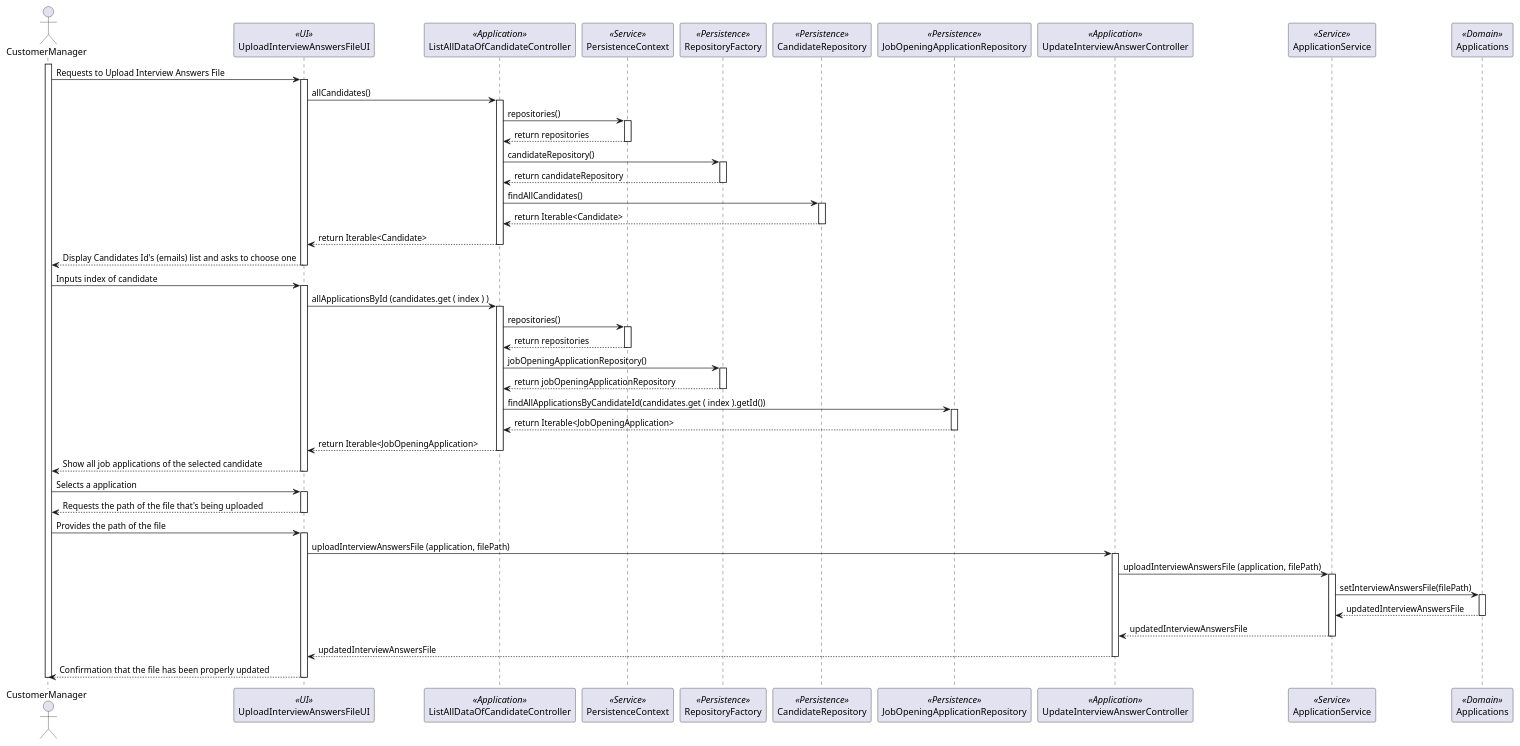
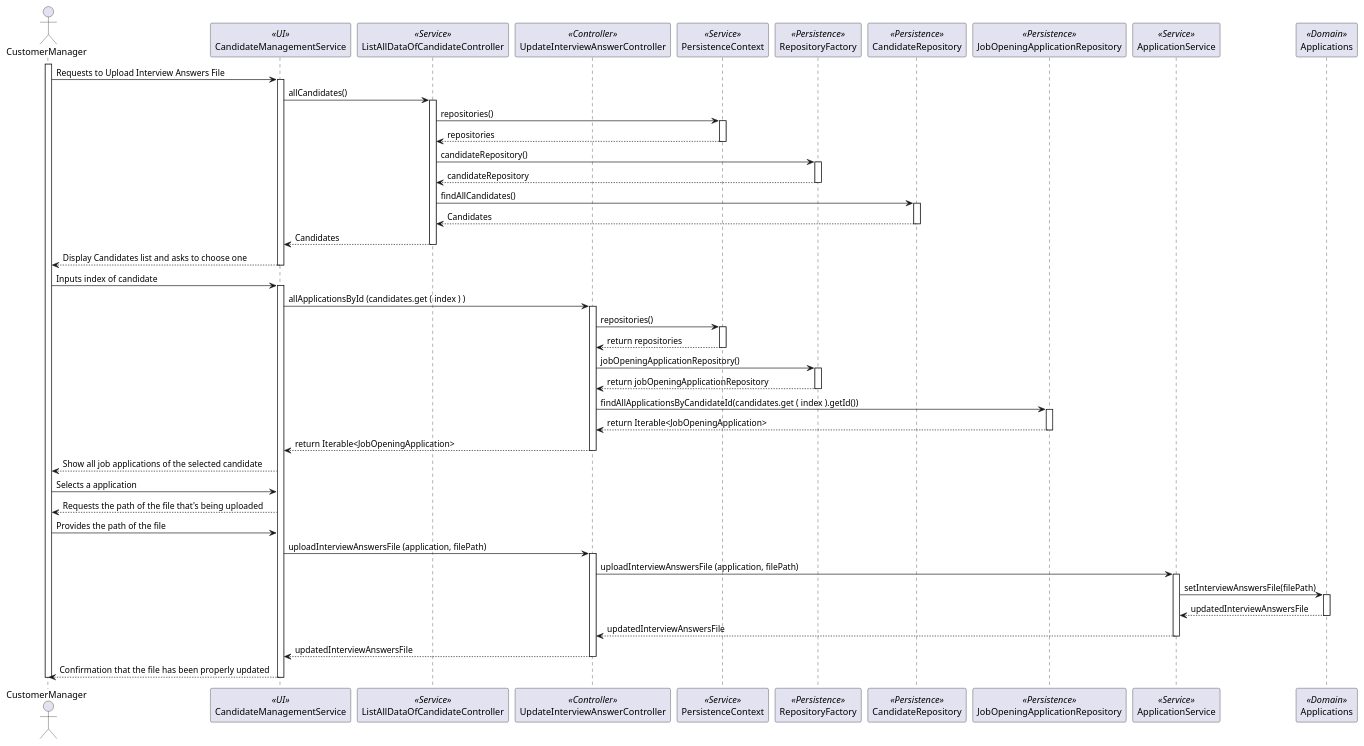
One commit to marcoferreira37/Lapr4 changed the diagram in docs/sprintC/1017/puml/1017-sequence-diagram.puml. Above: the diagram before and after it, drawn with PlantUML. The commit also changed 1 other file, not shown here.

```diff
--- a/docs/sprintC/1017/puml/1017-sequence-diagram.puml
+++ b/docs/sprintC/1017/puml/1017-sequence-diagram.puml
@@ -1,86 +1,83 @@
 @startuml
 
 actor CustomerManager as CM
-participant UploadInterviewAnswersFileUI as UI <<UI>>
-participant ListAllDataOfCandidateController as C <<Application>>
+participant CandidateManagementService as UI <<UI>>
+participant ListAllDataOfCandidateController as S <<Service>>
+participant UpdateInterviewAnswerController as CTRL <<Controller>>
 participant "PersistenceContext" as P <<Service>>
+
 participant "RepositoryFactory" as RF <<Persistence>>
 participant "CandidateRepository" as CR <<Persistence>>
 participant "JobOpeningApplicationRepository" as JAR <<Persistence>>
 
-participant UpdateInterviewAnswerController as CTRL <<Application>>
 participant ApplicationService as APPS <<Service>>
 participant Applications as Aps <<Domain>>
 
 
 
 
 activate CM
 CM -> UI: Requests to Upload Interview Answers File
 activate UI
-UI -> C : allCandidates()
-activate C
-C -> P: repositories()
+UI -> S : allCandidates()
+activate S
+S -> P: repositories()
 activate P
-P --> C: return repositories
+P --> S: repositories
 deactivate P
-C -> RF: candidateRepository()
+S -> RF: candidateRepository()
 activate RF
-RF --> C: return candidateRepository
+RF --> S: candidateRepository
 deactivate RF
-C -> CR: findAllCandidates()
+S -> CR: findAllCandidates()
 activate CR
-CR --> C: return Iterable<Candidate>
+CR --> S: Candidates
 deactivate CR
-C --> UI: return Iterable<Candidate>
-deactivate C
-UI --> CM: Display Candidates Id's (emails) list and asks to choose one
+S --> UI: Candidates
+deactivate S
+UI --> CM: Display Candidates list and asks to choose one
 deactivate UI
 CM->UI: Inputs index of candidate
 activate UI
-UI -> C: allApplicationsById (candidates.get ( index ) )
-activate C
-C -> P: repositories()
+UI -> CTRL: allApplicationsById (candidates.get ( index ) )
+activate CTRL
+CTRL -> P: repositories()
 activate P
-P --> C: return repositories
+P --> CTRL: return repositories
 deactivate P
-C -> RF: jobOpeningApplicationRepository()
+CTRL -> RF: jobOpeningApplicationRepository()
 activate RF
-RF --> C: return jobOpeningApplicationRepository
+RF --> CTRL: return jobOpeningApplicationRepository
 deactivate RF
-C -> JAR: findAllApplicationsByCandidateId(candidates.get ( index ).getId())
+CTRL -> JAR: findAllApplicationsByCandidateId(candidates.get ( index ).getId())
 activate JAR
-JAR --> C: return Iterable<JobOpeningApplication>
+JAR --> CTRL: return Iterable<JobOpeningApplication>
 deactivate JAR
-C --> UI: return Iterable<JobOpeningApplication>
-deactivate C
+CTRL --> UI: return Iterable<JobOpeningApplication>
+deactivate CTRL
 
 
 
 
 UI--> CM : Show all job applications of the selected candidate
-deactivate UI
 CM->UI : Selects a application
-activate UI
 UI-->CM: Requests the path of the file that's being uploaded
-deactivate UI
 CM->UI: Provides the path of the file
-activate UI
 UI->CTRL : uploadInterviewAnswersFile (application, filePath)
 activate CTRL
 CTRL->APPS: uploadInterviewAnswersFile (application, filePath)
 activate APPS
 APPS->Aps:setInterviewAnswersFile(filePath)
 activate Aps
 Aps-->APPS: updatedInterviewAnswersFile
 deactivate Aps
 APPS-->CTRL: updatedInterviewAnswersFile
 deactivate APPS
 CTRL-->UI: updatedInterviewAnswersFile
 deactivate CTRL
 UI-->CM : Confirmation that the file has been properly updated
 deactivate UI
 
 deactivate CM
 
 @enduml
```
